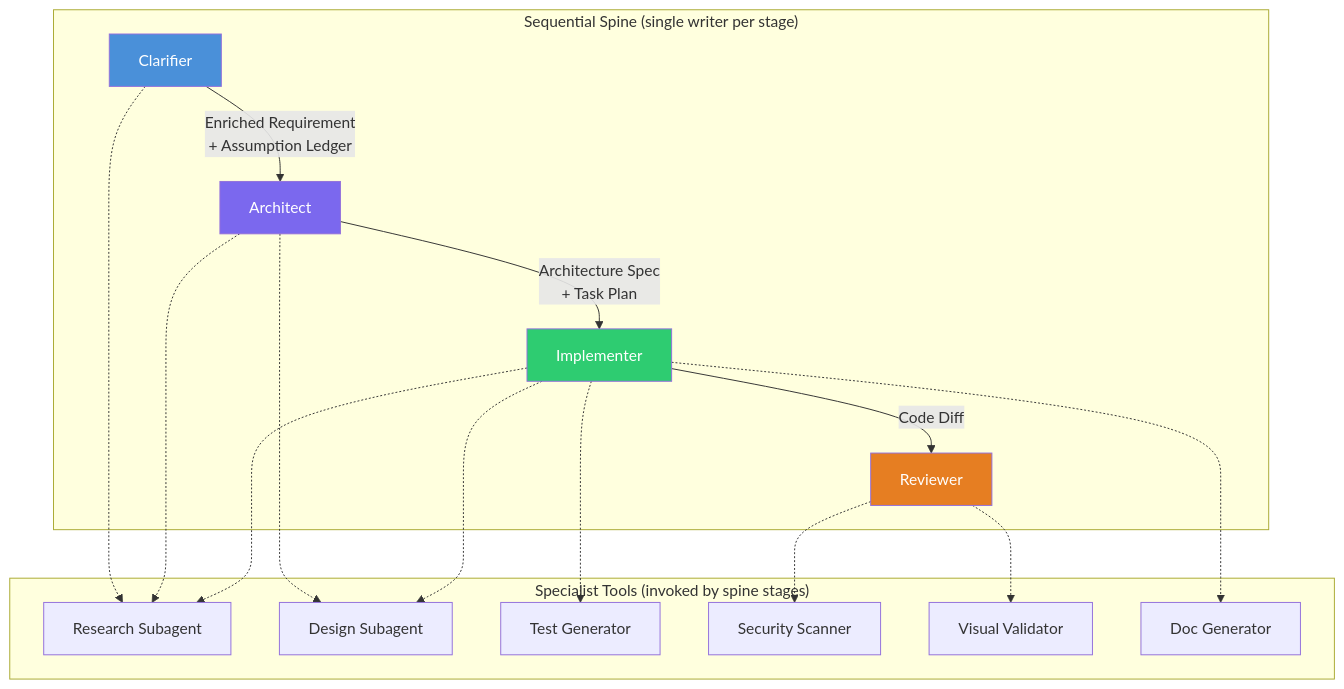
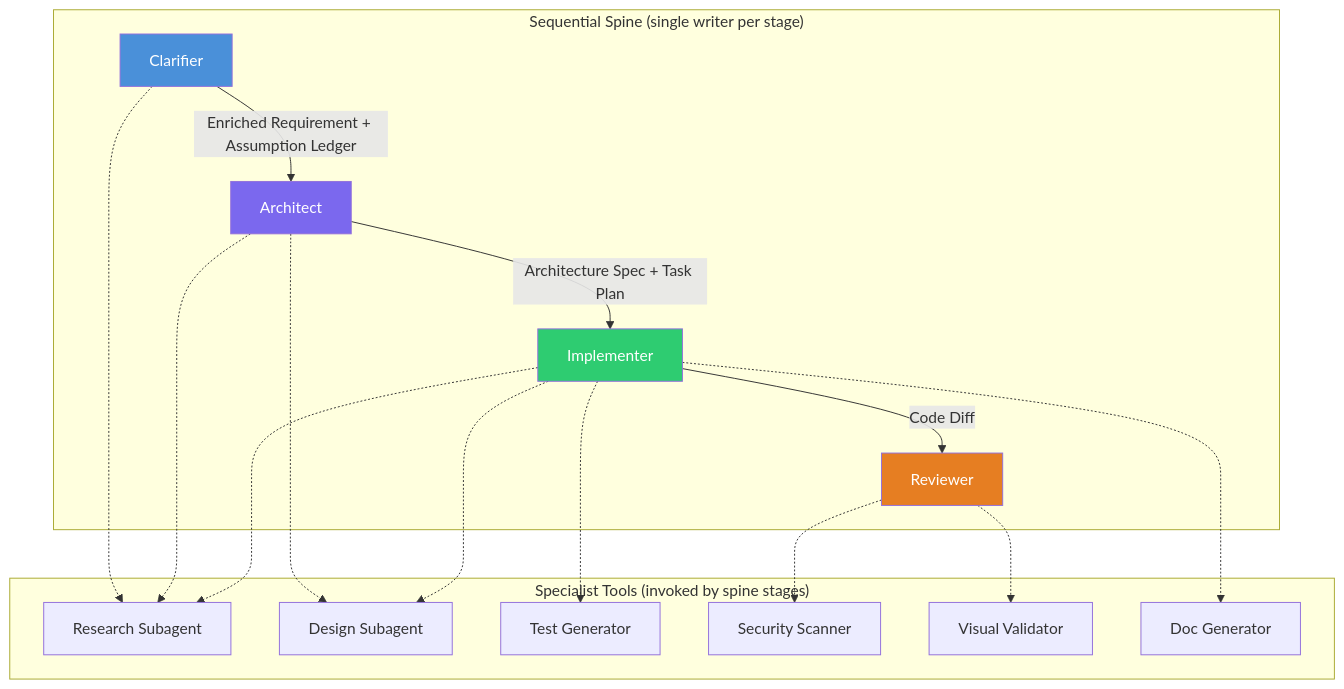
The diagram in docs/concepts/agent-taxonomy.md (praveen-gottala/sdlc-agent-swarms), drawn with Mermaid before and after one commit. The commit also changed 11 other files, not shown here.

First line of the commit message:
Enable Mermaid rendering, remove open source references, mark proprietary

````diff
--- a/docs/concepts/agent-taxonomy.md
+++ b/docs/concepts/agent-taxonomy.md
@@ -13,32 +13,32 @@
 ```mermaid
 graph TD
     subgraph Spine ["Sequential Spine (single writer per stage)"]
-        C[Clarifier] -->|Enriched Requirement<br/>+ Assumption Ledger| A[Architect]
-        A -->|Architecture Spec<br/>+ Task Plan| I[Implementer]
+        C[Clarifier] -->|Enriched Requirement + Assumption Ledger| A[Architect]
+        A -->|Architecture Spec + Task Plan| I[Implementer]
         I -->|Code Diff| R[Reviewer]
     end
 
     subgraph Specialists ["Specialist Tools (invoked by spine stages)"]
         S1[Research Subagent]
         S2[Design Subagent]
         S3[Test Generator]
         S4[Security Scanner]
         S5[Visual Validator]
         S6[Doc Generator]
     end
 
     C -.-> S1
     A -.-> S1
     A -.-> S2
     I -.-> S1
     I -.-> S2
     I -.-> S3
     I -.-> S6
     R -.-> S4
     R -.-> S5
 
     style C fill:#4A90D9,color:#fff
     style A fill:#7B68EE,color:#fff
     style I fill:#2ECC71,color:#fff
     style R fill:#E67E22,color:#fff
 ```
````
